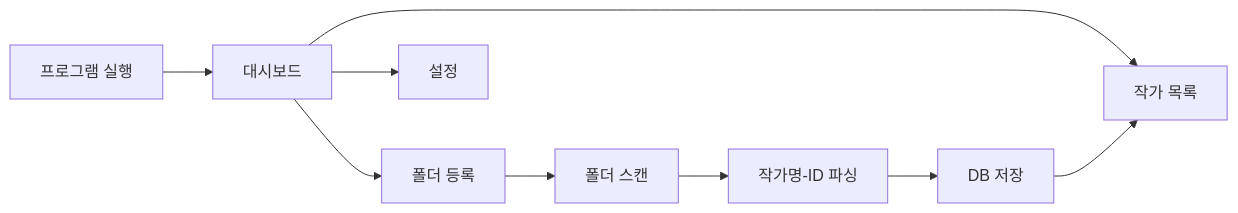
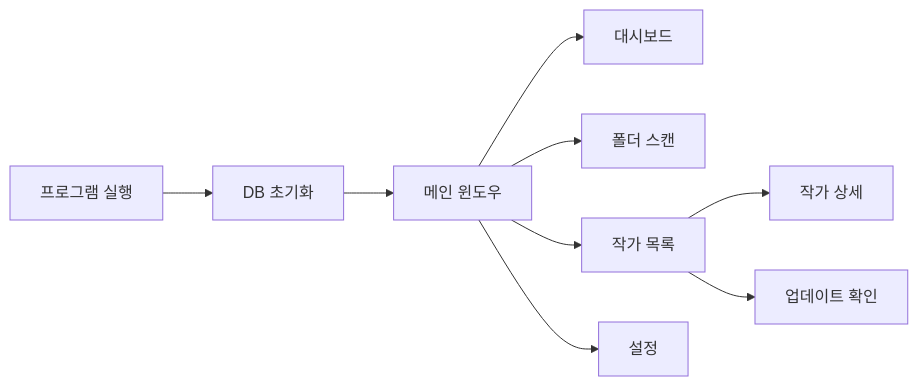
Before and after one commit to PKT0623/PixivLocalManager: the first of 13 diagrams in docs/03_SYSTEM_FLOW.md, drawn with Mermaid. The commit also changed other lines of this file and 11 other files, not shown here.

````diff
--- a/docs/03_SYSTEM_FLOW.md
+++ b/docs/03_SYSTEM_FLOW.md
@@ -5,17 +5,17 @@
 ```mermaid
 flowchart LR
 
 START[프로그램 실행]
 
-START --> DASHBOARD[대시보드]
+START --> INIT[DB 초기화]
 
-DASHBOARD --> REGISTER[폴더 등록]
-DASHBOARD --> ARTISTS[작가 목록]
-DASHBOARD --> SETTINGS[설정]
+INIT --> MAIN[메인 윈도우]
 
-REGISTER --> SCAN[폴더 스캔]
-SCAN --> PARSE[작가명-ID 파싱]
-PARSE --> SAVE[DB 저장]
+MAIN --> DASHBOARD[대시보드]
+MAIN --> SCAN[폴더 스캔]
+MAIN --> ARTISTS[작가 목록]
+MAIN --> SETTINGS[설정]
 
-SAVE --> ARTISTS
+ARTISTS --> DETAIL[작가 상세]
+ARTISTS --> UPDATE[업데이트 확인]
 ```
````
